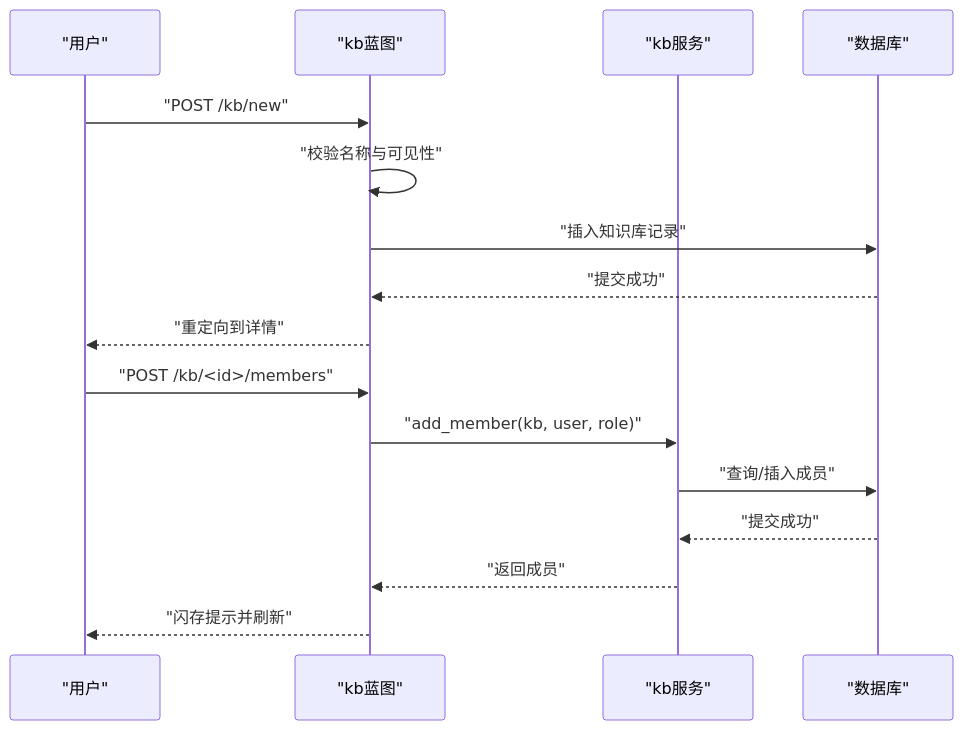
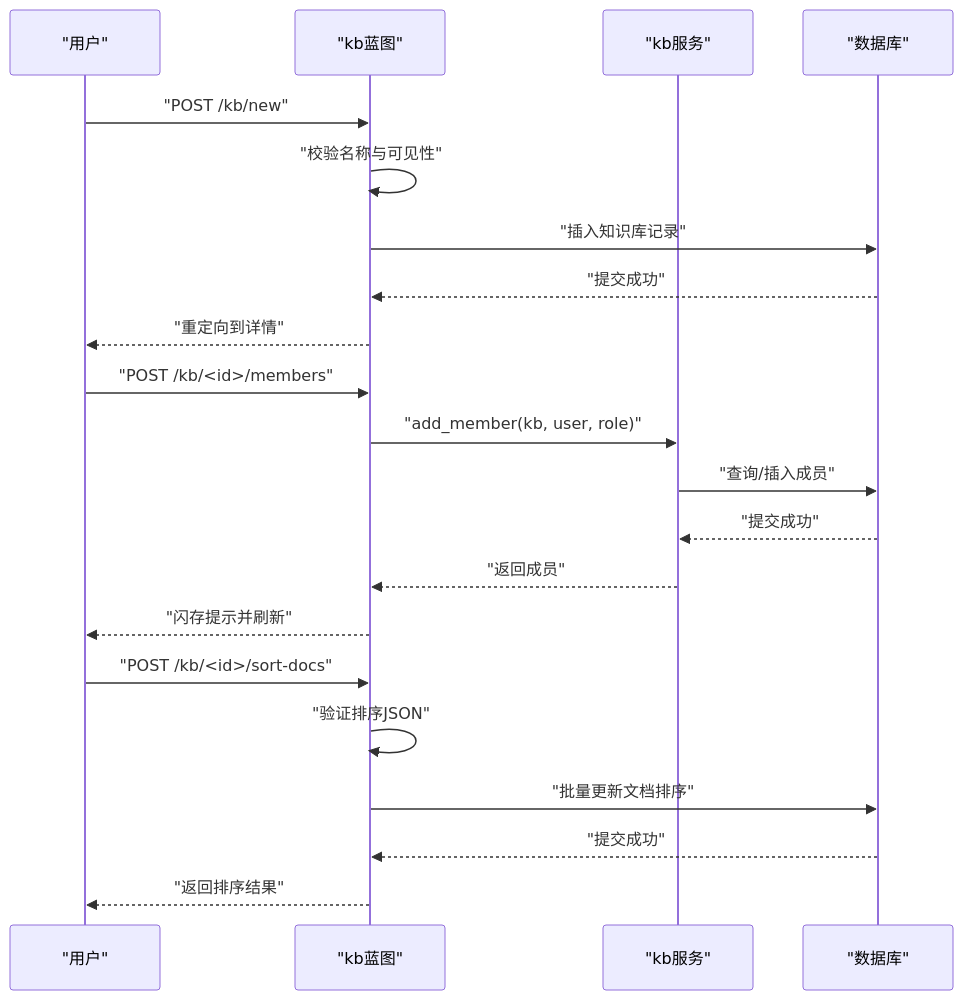
Before and after one commit to beyondalbert/my_wiki: the eighth of 9 diagrams in .qoder/repowiki/zh/content/核心模块/知识库管理模块/知识库业务逻辑.md, drawn with Mermaid. The commit also changed other lines of this file and 6 other files, not shown here.

````diff
--- a/.qoder/repowiki/zh/content/核心模块/知识库管理模块/知识库业务逻辑.md
+++ b/.qoder/repowiki/zh/content/核心模块/知识库管理模块/知识库业务逻辑.md
@@ -213,18 +282,23 @@
 ```mermaid
 sequenceDiagram
 participant U as "用户"
 participant BP as "kb蓝图"
 participant S as "kb服务"
 participant DB as "数据库"
 U->>BP : "POST /kb/new"
 BP->>BP : "校验名称与可见性"
 BP->>DB : "插入知识库记录"
 DB-->>BP : "提交成功"
 BP-->>U : "重定向到详情"
 U->>BP : "POST /kb/<id>/members"
 BP->>S : "add_member(kb, user, role)"
 S->>DB : "查询/插入成员"
 DB-->>S : "提交成功"
 S-->>BP : "返回成员"
 BP-->>U : "闪存提示并刷新"
+U->>BP : "POST /kb/<id>/sort-docs"
+BP->>BP : "验证排序JSON"
+BP->>DB : "批量更新文档排序"
+DB-->>BP : "提交成功"
+BP-->>U : "返回排序结果"
 ```
````
